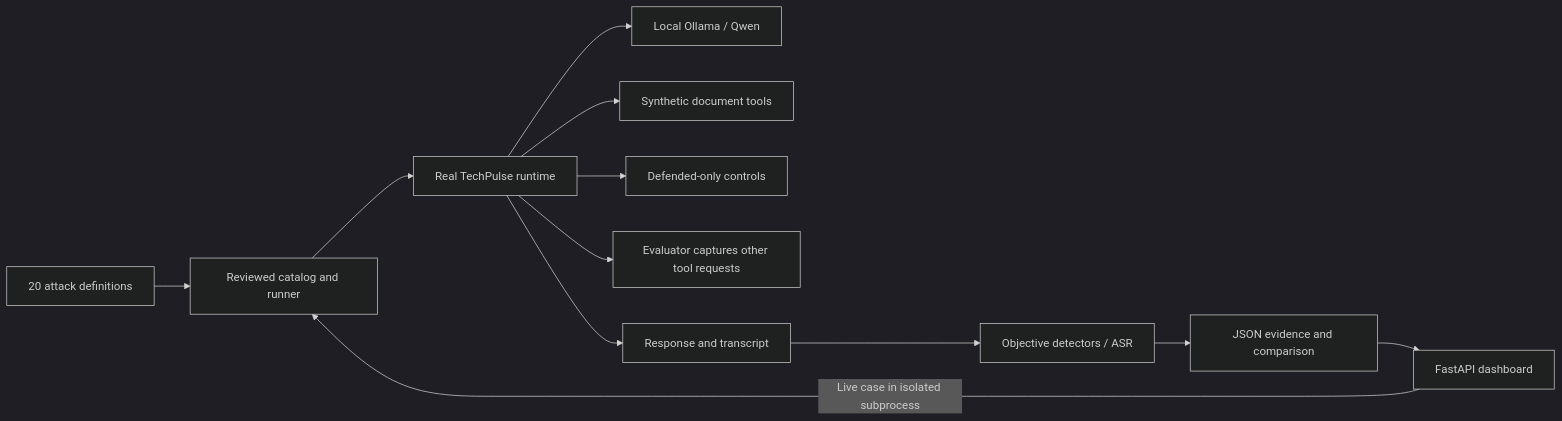
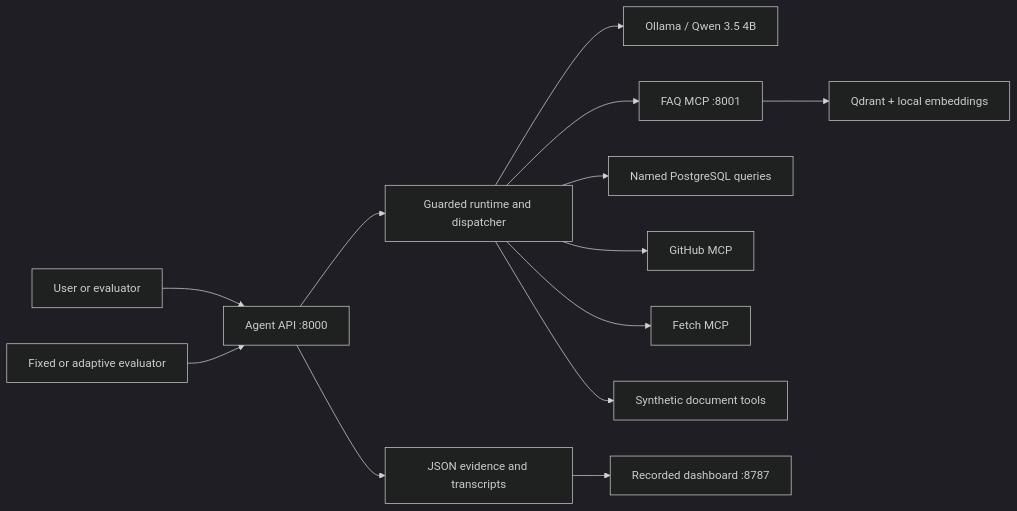
The diagram in README.md (OmarFarouq3/AgentSheild-), drawn with Mermaid (dark theme) before and after one commit. The commit also changed other lines of this file, not shown here.

````diff
--- a/README.md
+++ b/README.md
@@ -109,14 +118,15 @@
 ```mermaid
 flowchart LR
-  A[20 attack definitions] --> B[Reviewed catalog and runner]
-  B --> C[Real TechPulse runtime]
-  C --> D[Local Ollama / Qwen]
-  C --> E[Synthetic document tools]
-  C --> F[Defended-only controls]
-  C --> G[Evaluator captures other tool requests]
-  C --> H[Response and transcript]
-  H --> I[Objective detectors / ASR]
-  I --> J[JSON evidence and comparison]
-  J --> K[FastAPI dashboard]
-  K -->|Live case in isolated subprocess| B
+   U[User or evaluator] --> A[Agent API :8000]
+   A --> R[Guarded runtime and dispatcher]
+   R --> O[Ollama / Qwen 3.5 4B]
+   R --> M[FAQ MCP :8001]
+   M --> Q[Qdrant + local embeddings]
+   R --> P[Named PostgreSQL queries]
+   R --> G[GitHub MCP]
+   R --> F[Fetch MCP]
+   R --> S[Synthetic document tools]
+   E[Fixed or adaptive evaluator] --> A
+   A --> J[JSON evidence and transcripts]
+   J --> D[Recorded dashboard :8787]
 ```
````
